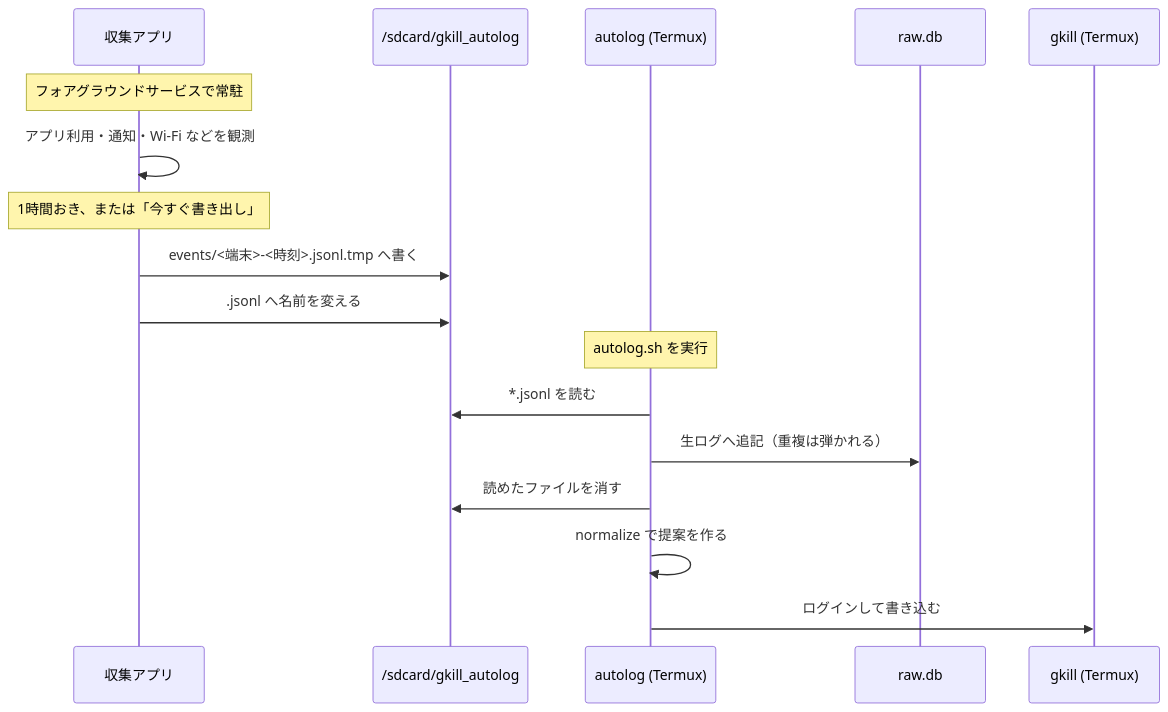
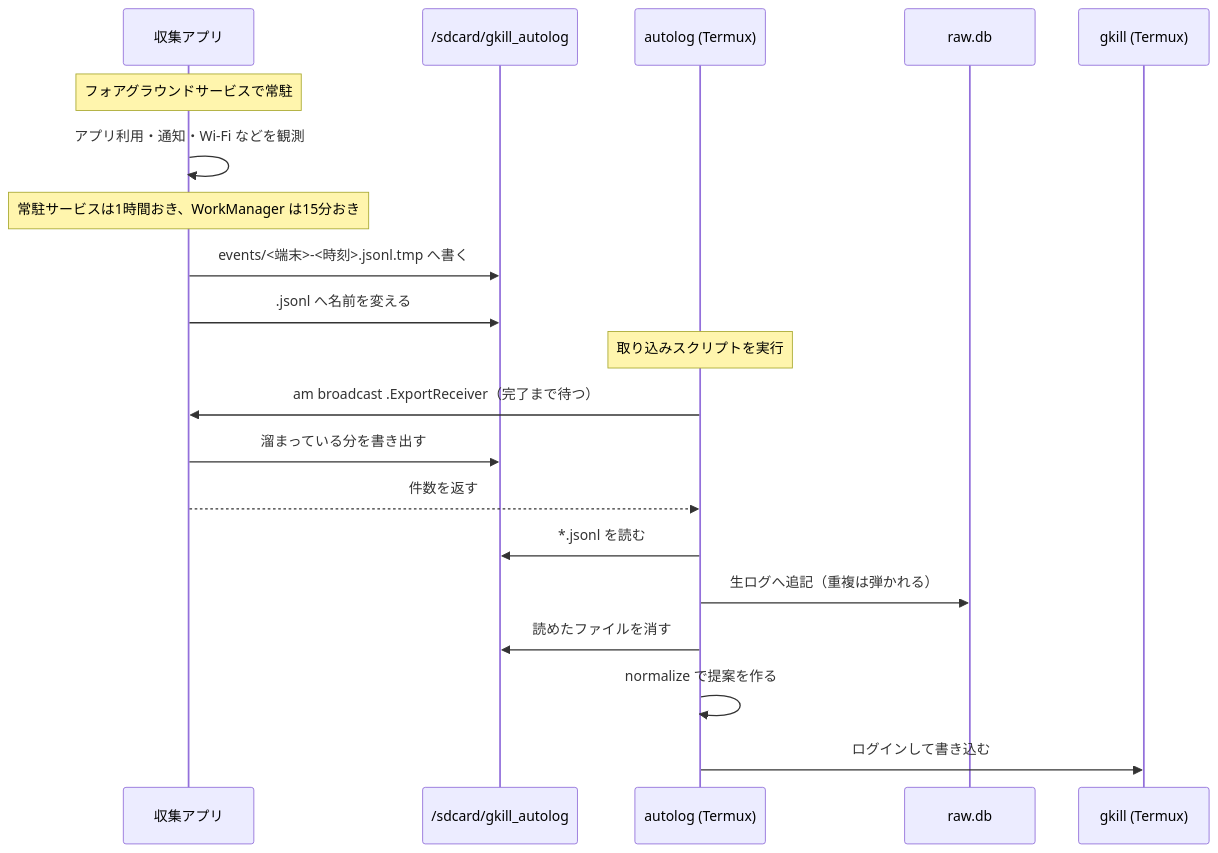
The second of 6 diagrams in documents/reverse/sequence-diagrams.md (mt3hr/gkill_autolog), drawn with Mermaid before and after one commit. The commit also changed other lines of this file and 19 other files, not shown here.

````diff
--- a/documents/reverse/sequence-diagrams.md
+++ b/documents/reverse/sequence-diagrams.md
@@ -41,21 +41,24 @@
 ```mermaid
 sequenceDiagram
     participant A as 収集アプリ
     participant S as /sdcard/gkill_autolog
     participant T as autolog (Termux)
     participant R as raw.db
     participant G as gkill (Termux)
 
     Note over A: フォアグラウンドサービスで常駐
     A->>A: アプリ利用・通知・Wi-Fi などを観測
-    Note over A: 1時間おき、または「今すぐ書き出し」
+    Note over A: 常駐サービスは1時間おき、WorkManager は15分おき
     A->>S: events/<端末>-<時刻>.jsonl.tmp へ書く
     A->>S: .jsonl へ名前を変える
 
-    Note over T: autolog.sh を実行
+    Note over T: 取り込みスクリプトを実行
+    T->>A: am broadcast .ExportReceiver（完了まで待つ）
+    A->>S: 溜まっている分を書き出す
+    A-->>T: 件数を返す
     T->>S: *.jsonl を読む
     T->>R: 生ログへ追記（重複は弾かれる）
     T->>S: 読めたファイルを消す
     T->>T: normalize で提案を作る
     T->>G: ログインして書き込む
 ```
````
